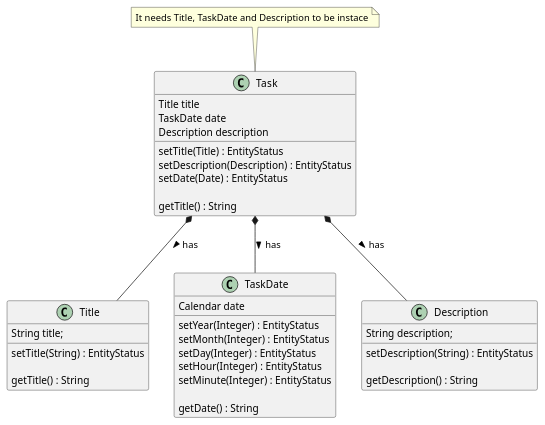
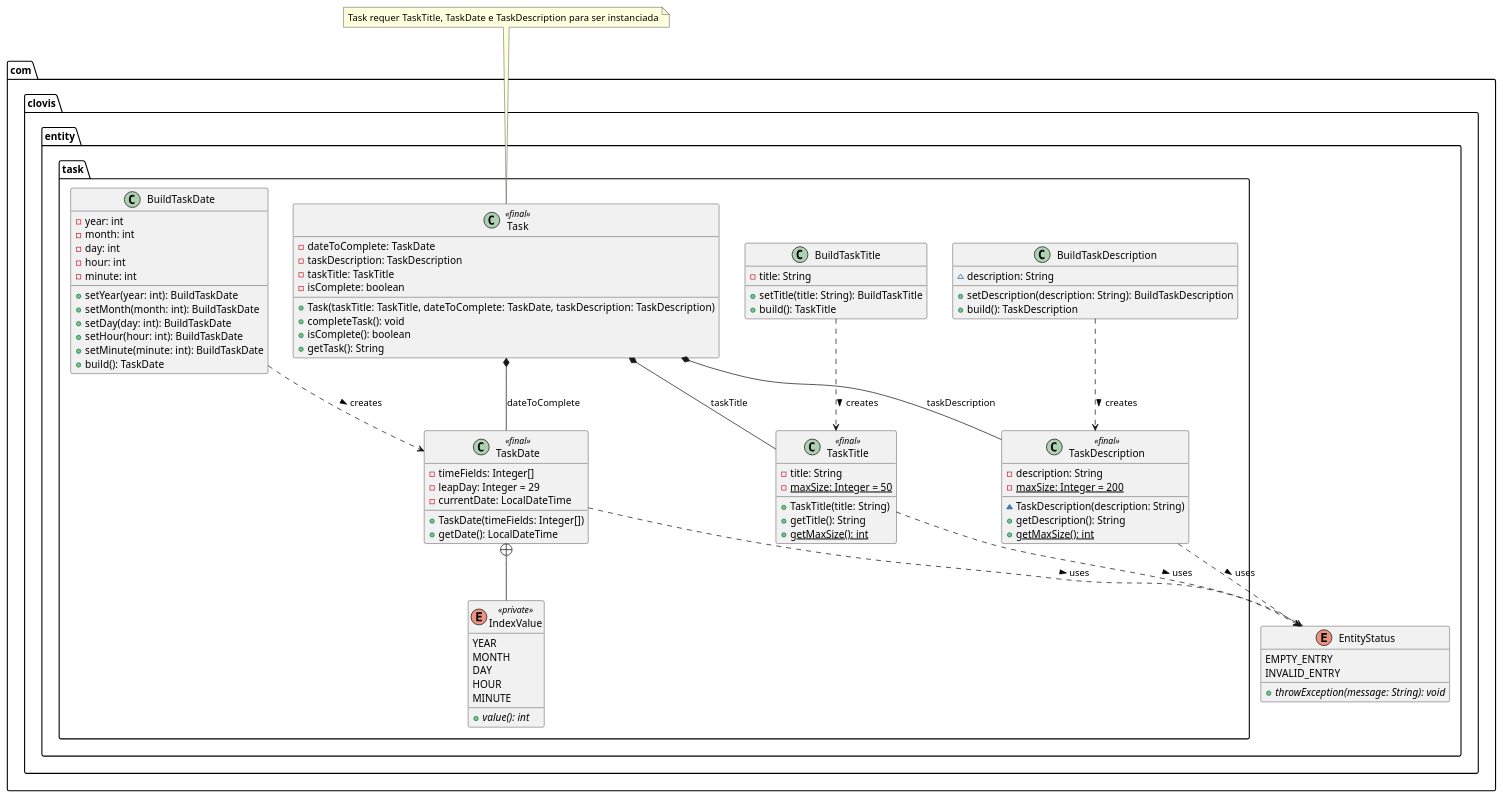
The diagram in doc/EntityClassDiagram.puml (Gabriel-PC-01/Java-Task-Manager), drawn with PlantUML before and after one commit.

Commit message:
refactor(doc) : The Entity class diagram updated to reflect current architecture of them.

```diff
--- a/doc/EntityClassDiagram.puml
+++ b/doc/EntityClassDiagram.puml
@@ -1,58 +1,114 @@
-@startuml
+@startuml EntityClassDiagram
 
+package "com.clovis.entity" {
+    enum EntityStatus {
+        EMPTY_ENTRY
+        INVALID_ENTRY
+        __
+        + {abstract} throwException(message: String): void
+    }
+}
 
-    class Task{
+package "com.clovis.entity.task" {
 
-        Title title
-        TaskDate date
-        Description description
-
-        setTitle(Title) : EntityStatus
-        setDescription(Description) : EntityStatus
-        setDate(Date) : EntityStatus
-
-        getTitle() : String
-
+    class Task <<final>> {
+        - dateToComplete: TaskDate
+        - taskDescription: TaskDescription
+        - taskTitle: TaskTitle
+        - isComplete: boolean
+        __
+        + Task(taskTitle: TaskTitle, dateToComplete: TaskDate, taskDescription: TaskDescription)
+        + completeTask(): void
+        + isComplete(): boolean
+        + getTask(): String
     }
 
-    class Title{
-
-        String title;
-
-        setTitle(String) : EntityStatus
-
-        getTitle() : String
-
+    class TaskTitle <<final>> {
+        - title: String
+        - {static} maxSize: Integer = 50
+        __
+        + TaskTitle(title: String)
+        + getTitle(): String
+        + {static} getMaxSize(): int
     }
 
-    class TaskDate{
-
-        Calendar date
-
-        setYear(Integer) : EntityStatus
-        setMonth(Integer) : EntityStatus
-        setDay(Integer) : EntityStatus
-        setHour(Integer) : EntityStatus
-        setMinute(Integer) : EntityStatus
-
-        getDate() : String
-        
+    class TaskDescription <<final>> {
+        - description: String
+        - {static} maxSize: Integer = 200
+        __
+        ~ TaskDescription(description: String)
+        + getDescription(): String
+        + {static} getMaxSize(): int
     }
 
-    class Description{
+    class TaskDate <<final>> {
+        - timeFields: Integer[]
+        - leapDay: Integer = 29
+        - currentDate: LocalDateTime
+        __
+        + TaskDate(timeFields: Integer[])
+        + getDate(): LocalDateTime
+    }
 
-        String description;
+    enum IndexValue <<private>> {
+        YEAR
+        MONTH
+        DAY
+        HOUR
+        MINUTE
+        __
+        + {abstract} value(): int
+    }
 
-        setDescription(String) : EntityStatus
+    class BuildTaskTitle {
+        - title: String
+        __
+        + setTitle(title: String): BuildTaskTitle
+        + build(): TaskTitle
+    }
 
-        getDescription() : String
+    class BuildTaskDescription {
+        ~ description: String
+        __
+        + setDescription(description: String): BuildTaskDescription
+        + build(): TaskDescription
+    }
 
+    class BuildTaskDate {
+        - year: int
+        - month: int
+        - day: int
+        - hour: int
+        - minute: int
+        __
+        + setYear(year: int): BuildTaskDate
+        + setMonth(month: int): BuildTaskDate
+        + setDay(day: int): BuildTaskDate
+        + setHour(hour: int): BuildTaskDate
+        + setMinute(minute: int): BuildTaskDate
+        + build(): TaskDate
     }
- 
-    Task *-- Title : has >
-    Task *-- TaskDate : has >
-    Task *-- Description : has >
 
-    note top of Task : It needs Title, TaskDate and Description to be instace
+}
+
+' Relacionamentos de Composição
+Task *-- TaskTitle : taskTitle
+Task *-- TaskDate : dateToComplete
+Task *-- TaskDescription : taskDescription
+
+' Relacionamentos de Construção (Builders)
+BuildTaskTitle ..> TaskTitle : creates >
+BuildTaskDescription ..> TaskDescription : creates >
+BuildTaskDate ..> TaskDate : creates >
+
+' Enum aninhado
+TaskDate +-- IndexValue
+
+' Dependências com EntityStatus
+TaskTitle ..> EntityStatus : uses >
+TaskDescription ..> EntityStatus : uses >
+TaskDate ..> EntityStatus : uses >
+
+note top of Task : Task requer TaskTitle, TaskDate e TaskDescription para ser instanciada
 
 @enduml
```
